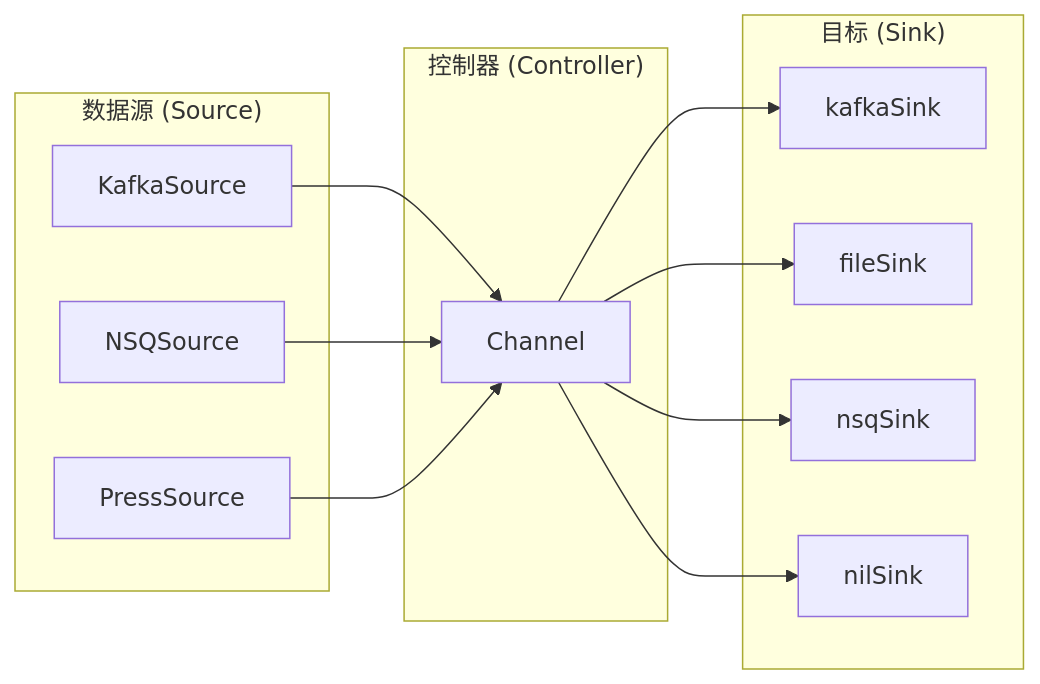
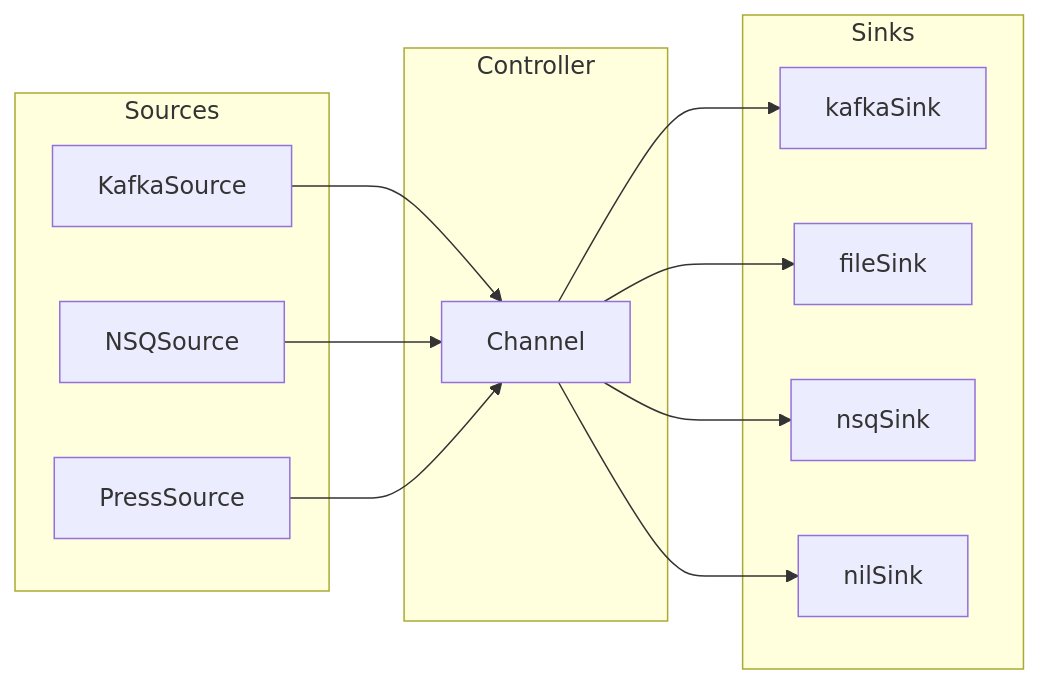
The second of 5 diagrams in docs/architecture.md (zxpbenson/dior), drawn with Mermaid before and after one commit. The commit also changed other lines of this file, not shown here.

Commit message:
类图换成英文版本

````diff
--- a/docs/architecture.md
+++ b/docs/architecture.md
@@ -193,28 +194,28 @@
 ```mermaid
 flowchart LR
-    subgraph Sources["数据源 (Source)"]
+    subgraph Sources["Sources"]
         KS[KafkaSource]
         NS[NSQSource]
         PS[PressSource]
     end
     
-    subgraph Controller["控制器 (Controller)"]
+    subgraph Controller["Controller"]
         CH[Channel]
     end
     
-    subgraph Sinks["目标 (Sink)"]
+    subgraph Sinks["Sinks"]
         KSi[kafkaSink]
         FSi[fileSink]
         NSi[nsqSink]
         NilSi[nilSink]
     end
     
     KS --> CH
     NS --> CH
     PS --> CH
     
     CH --> KSi
     CH --> FSi
     CH --> NSi
     CH --> NilSi
 ```
````
